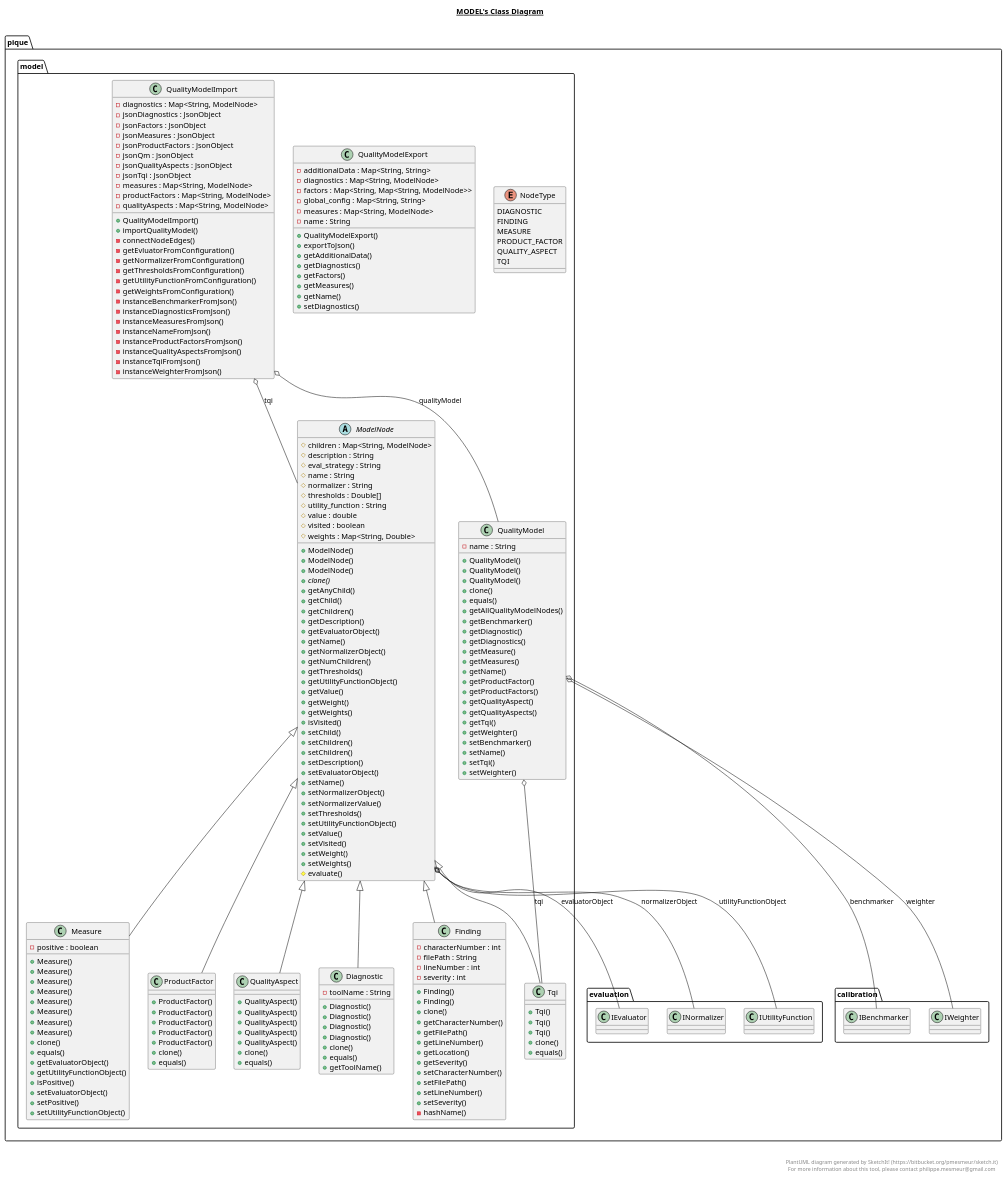
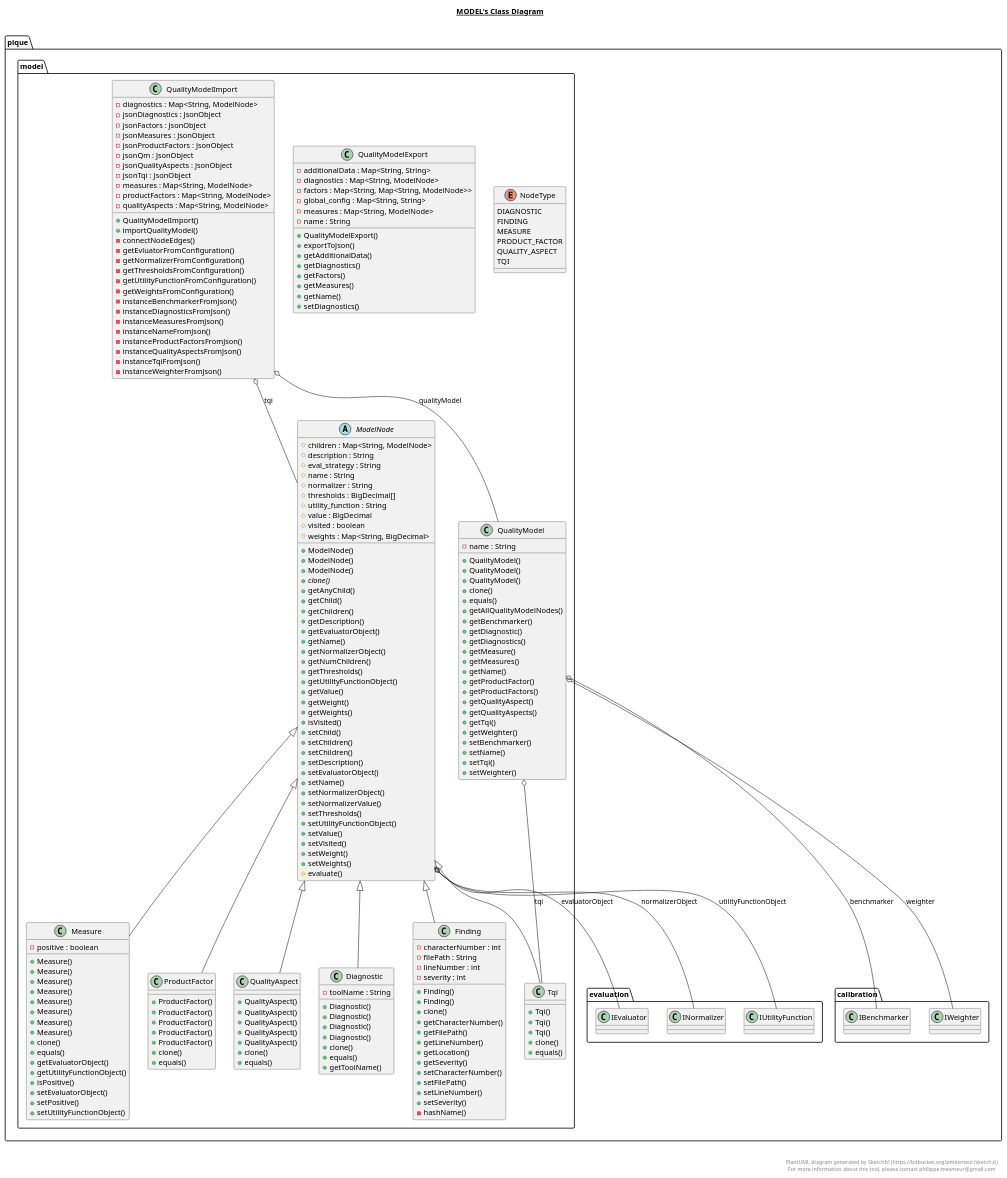
Before and after one commit to MSUSEL/msusel-pique: the diagram in src/main/java/pique/model/model.plantuml, drawn with PlantUML. The commit also changed 33 other files, not shown here.

Commit message:
Changed Doubles and doubles to BigDecimal

```diff
--- a/src/main/java/pique/model/model.plantuml
+++ b/src/main/java/pique/model/model.plantuml
@@ -69,11 +69,11 @@
         # eval_strategy : String
         # name : String
         # normalizer : String
-        # thresholds : Double[]
+        # thresholds : BigDecimal[]
         # utility_function : String
-        # value : double
+        # value : BigDecimal
         # visited : boolean
-        # weights : Map<String, Double>
+        # weights : Map<String, BigDecimal>
         + ModelNode()
         + ModelNode()
         + ModelNode()
```
